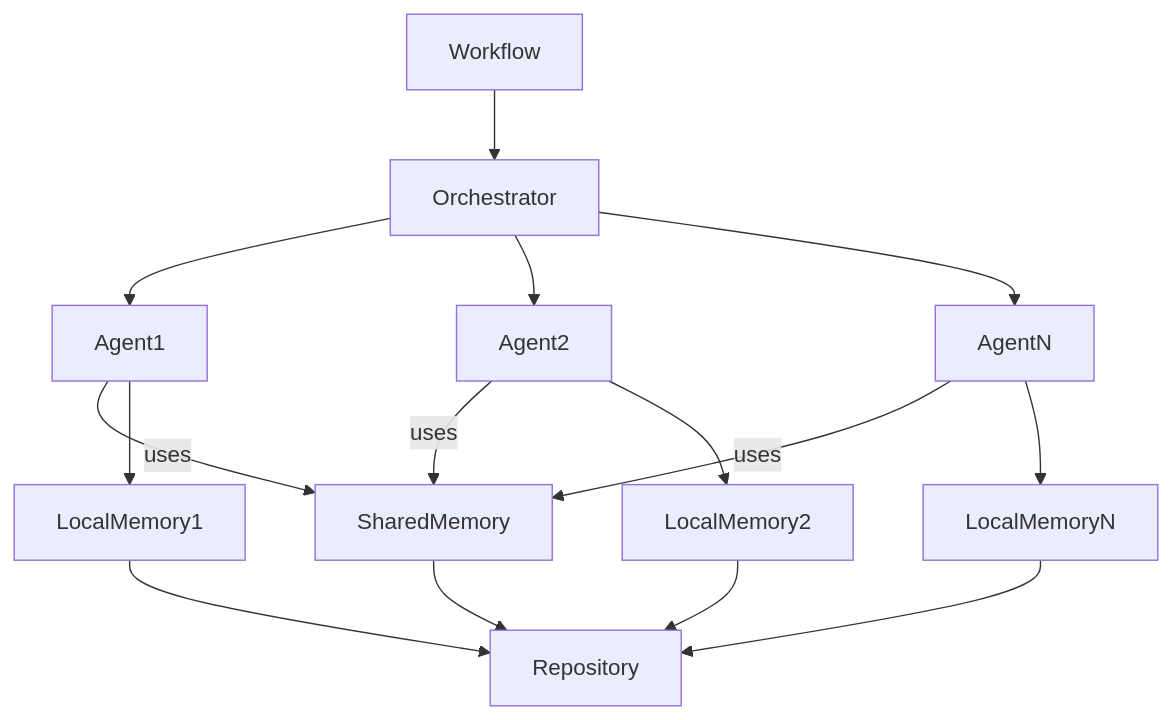
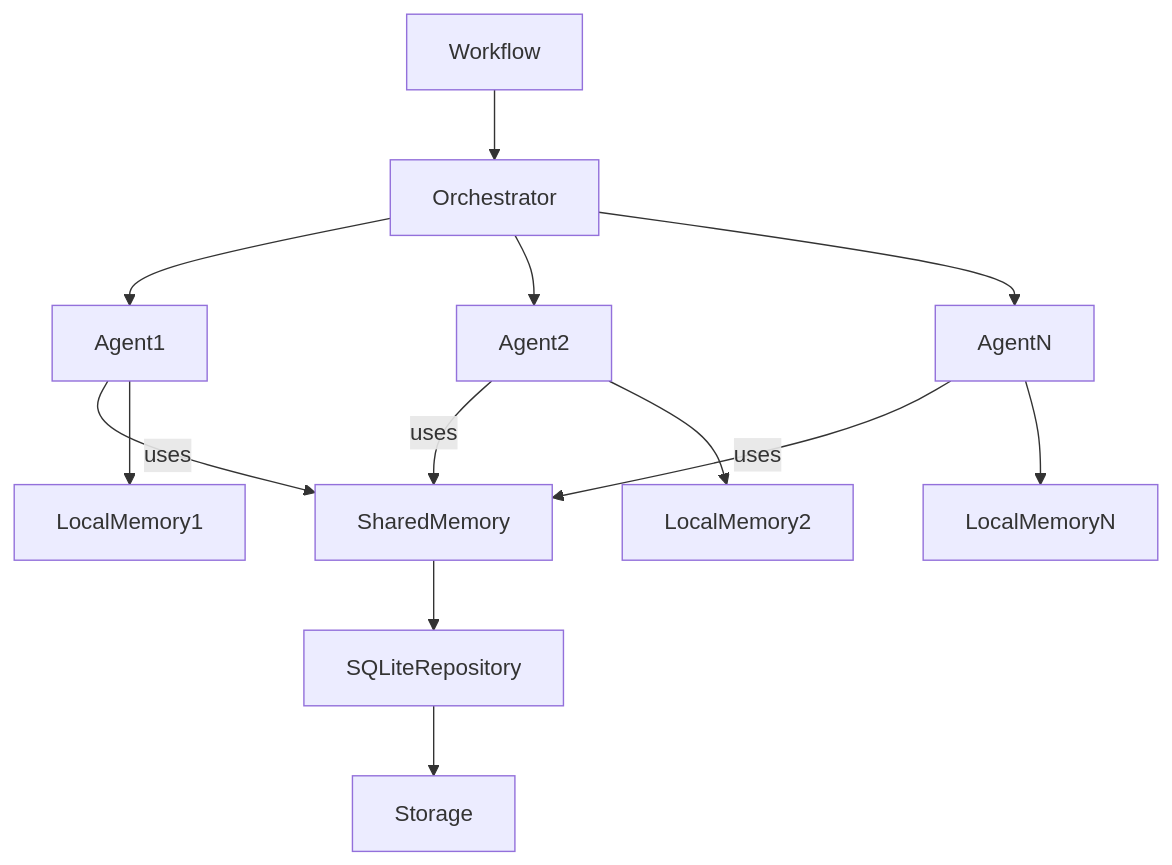
The diagram in ARCHITECTURE_V1.md (tomasdaher/orion-core), drawn with Mermaid before and after one commit.

Commit message:
Fix mermaid diagram rendering

````diff
--- a/ARCHITECTURE_V1.md
+++ b/ARCHITECTURE_V1.md
@@ -162,22 +162,20 @@
 ```mermaid
 flowchart TD
 
     Workflow --> Orchestrator
 
     Orchestrator --> Agent1
     Orchestrator --> Agent2
     Orchestrator --> AgentN
 
     Agent1 -->|uses| SharedMemory
     Agent2 -->|uses| SharedMemory
     AgentN -->|uses| SharedMemory
 
     Agent1 --> LocalMemory1
     Agent2 --> LocalMemory2
     AgentN --> LocalMemoryN
 
-    SharedMemory --> Repository
-    LocalMemory1 --> Repository
-    LocalMemory2 --> Repository
-    LocalMemoryN --> Repository
+    SharedMemory --> SQLiteRepository
+    SQLiteRepository --> Storage
 ```
````
